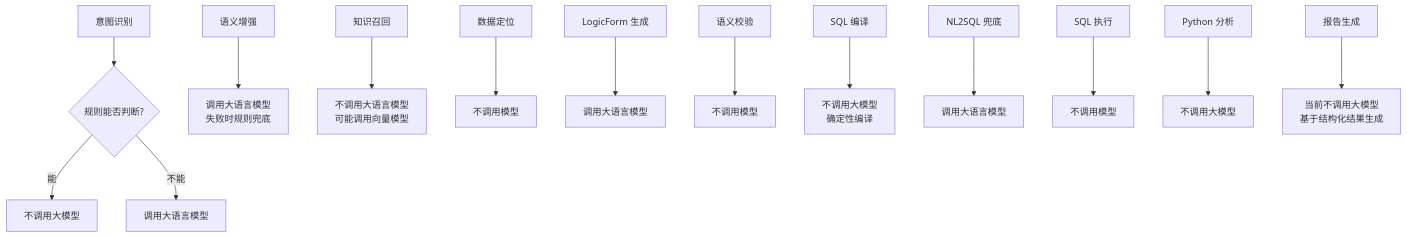
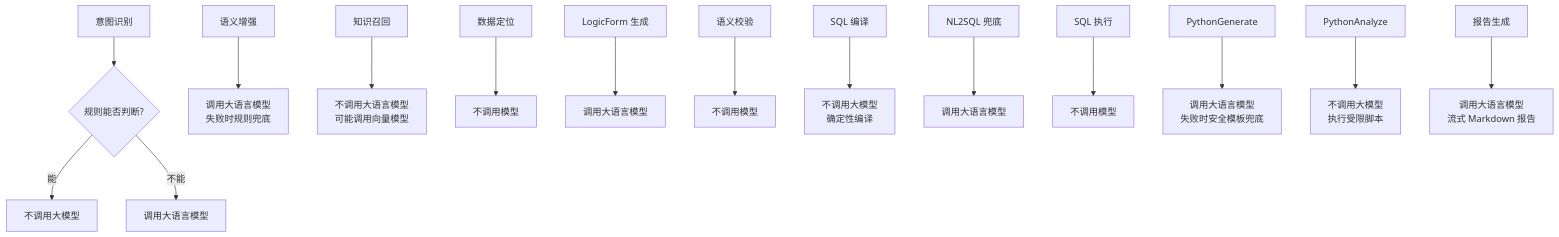
Before and after one commit to TtonyLiang/data-agent: the fourth of 7 diagrams in docs/project-design.md, drawn with Mermaid. The commit also changed other lines of this file and 64 other files, not shown here.

````diff
--- a/docs/project-design.md
+++ b/docs/project-design.md
@@ -114,17 +117,18 @@
 ```mermaid
 flowchart TD
   A["意图识别"] --> A1{"规则能否判断?"}
   A1 -->|能| A2["不调用大模型"]
   A1 -->|不能| A3["调用大语言模型"]
 
   B["语义增强"] --> B1["调用大语言模型<br/>失败时规则兜底"]
   C["知识召回"] --> C1["不调用大语言模型<br/>可能调用向量模型"]
   D["数据定位"] --> D1["不调用模型"]
   E["LogicForm 生成"] --> E1["调用大语言模型"]
   F["语义校验"] --> F1["不调用模型"]
   G["SQL 编译"] --> G1["不调用大模型<br/>确定性编译"]
   H["NL2SQL 兜底"] --> H1["调用大语言模型"]
   I["SQL 执行"] --> I1["不调用模型"]
-  J["Python 分析"] --> J1["不调用大模型"]
-  K["报告生成"] --> K1["当前不调用大模型<br/>基于结构化结果生成"]
+  J["PythonGenerate"] --> J1["调用大语言模型<br/>失败时安全模板兜底"]
+  K["PythonAnalyze"] --> K1["不调用大模型<br/>执行受限脚本"]
+  L["报告生成"] --> L1["调用大语言模型<br/>流式 Markdown 报告"]
 ```
````
